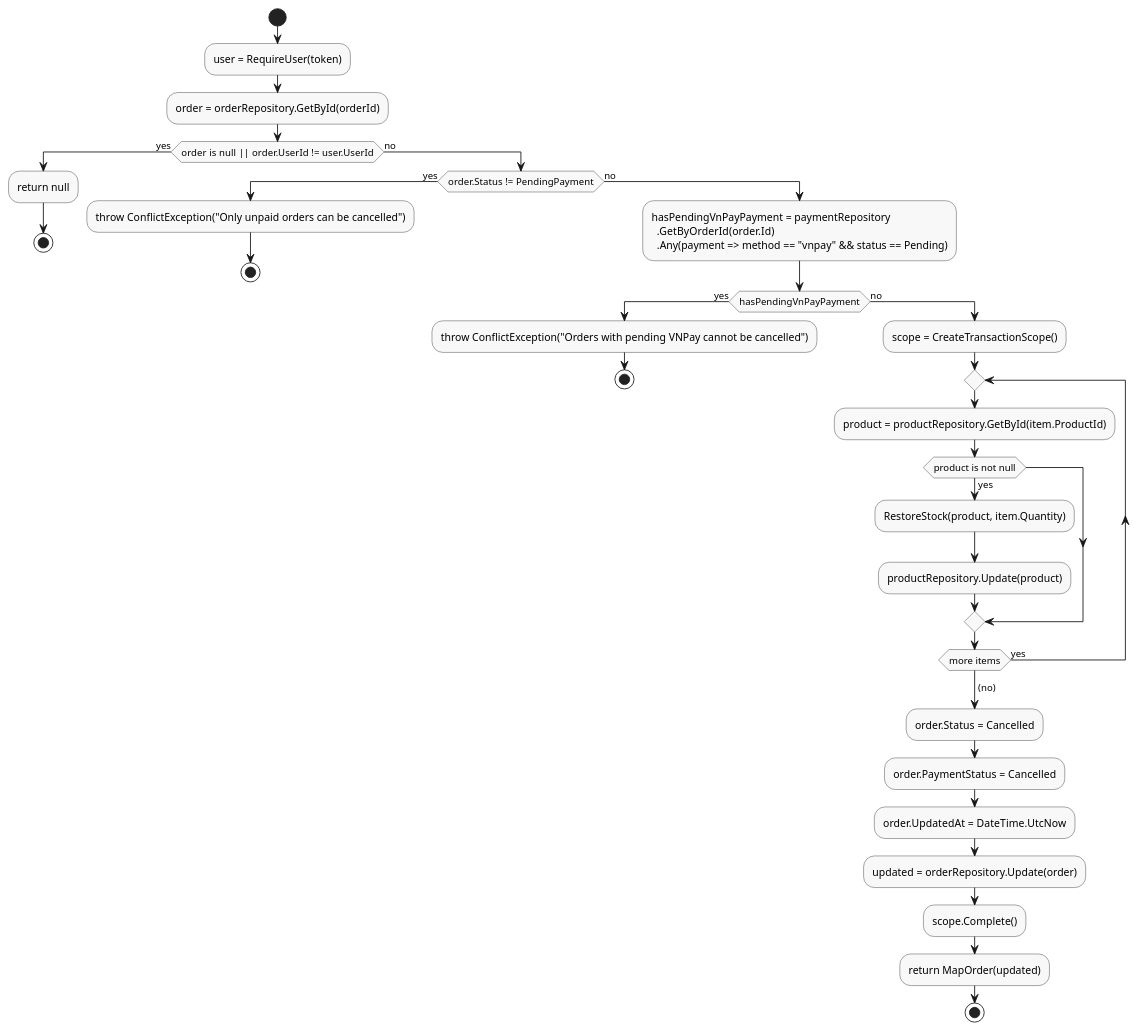
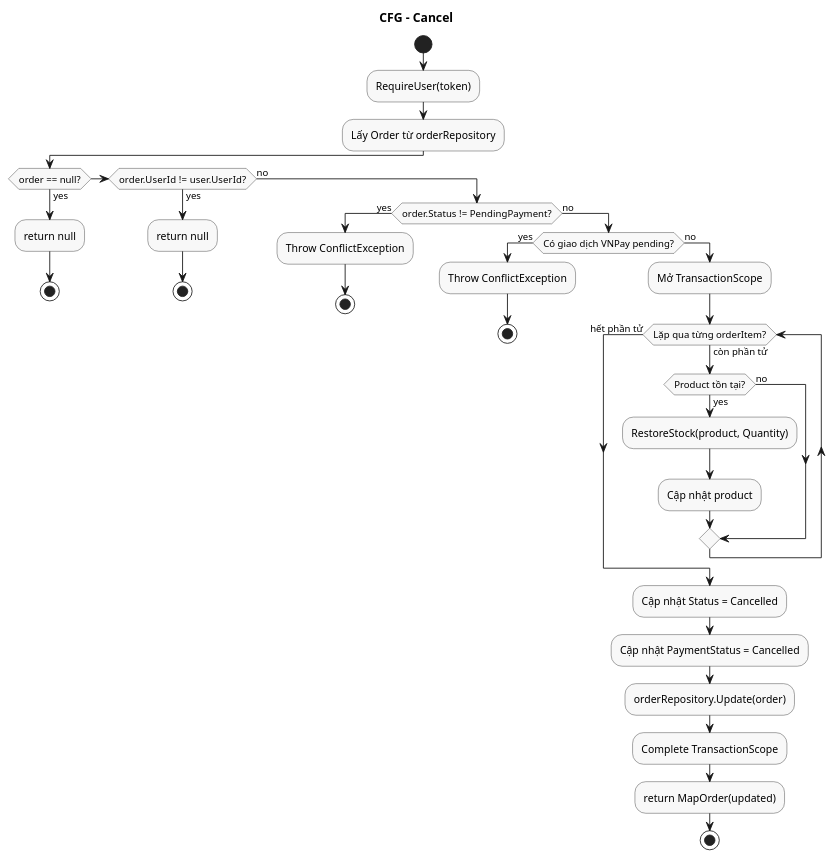
One commit to linhp7448-png/ShopdecorBee changed the diagram in HomeDecorShop/CFG/OrderService_Cancel.puml. Above: the diagram before and after it, drawn with PlantUML.

Commit message:
Refactor OrderService_Cancel

```diff
--- a/HomeDecorShop/CFG/OrderService_Cancel.puml
+++ b/HomeDecorShop/CFG/OrderService_Cancel.puml
@@ -1,48 +1,44 @@
 @startuml OrderService_Cancel
 skinparam activity {
   BackgroundColor #F8F8F8
   BorderColor #333333
 }
 
+title CFG - Cancel
 start
-:user = RequireUser(token);
-:order = orderRepository.GetById(orderId);
-if (order is null || order.UserId != user.UserId) then (yes)
+:RequireUser(token);
+:Lấy Order từ orderRepository;
+if (order == null?) then (yes)
+  :return null;
+  stop
+else if (order.UserId != user.UserId?) then (yes)
   :return null;
   stop
 else (no)
-  if (order.Status != PendingPayment) then (yes)
-    :throw ConflictException("Only unpaid orders can be cancelled");
+  if (order.Status != PendingPayment?) then (yes)
+    :Throw ConflictException;
     stop
   else (no)
-    :hasPendingVnPayPayment = paymentRepository
-      .GetByOrderId(order.Id)
-      .Any(payment => method == "vnpay" && status == Pending);
-    
-    if (hasPendingVnPayPayment) then (yes)
-      :throw ConflictException("Orders with pending VNPay cannot be cancelled");
+    if (Có giao dịch VNPay pending?) then (yes)
+      :Throw ConflictException;
       stop
     else (no)
-      :scope = CreateTransactionScope();
+      :Mở TransactionScope;
+      while (Lặp qua từng orderItem?) is (còn phần tử)
+        if (Product tồn tại?) then (yes)
+          :RestoreStock(product, Quantity);
+          :Cập nhật product;
+        else (no)
+        endif
+      endwhile (hết phần tử)
       
-      repeat
-        :product = productRepository.GetById(item.ProductId);
-        if (product is not null) then (yes)
-          :RestoreStock(product, item.Quantity);
-          :productRepository.Update(product);
-        endif
-      repeat while (more items) is (yes)
-      ->(no);
-      
-      :order.Status = Cancelled;
-      :order.PaymentStatus = Cancelled;
-      :order.UpdatedAt = DateTime.UtcNow;
-      :updated = orderRepository.Update(order);
-      :scope.Complete();
-      
+      :Cập nhật Status = Cancelled;
+      :Cập nhật PaymentStatus = Cancelled;
+      :orderRepository.Update(order);
+      :Complete TransactionScope;
       :return MapOrder(updated);
       stop
     endif
   endif
 endif
 @enduml
```
